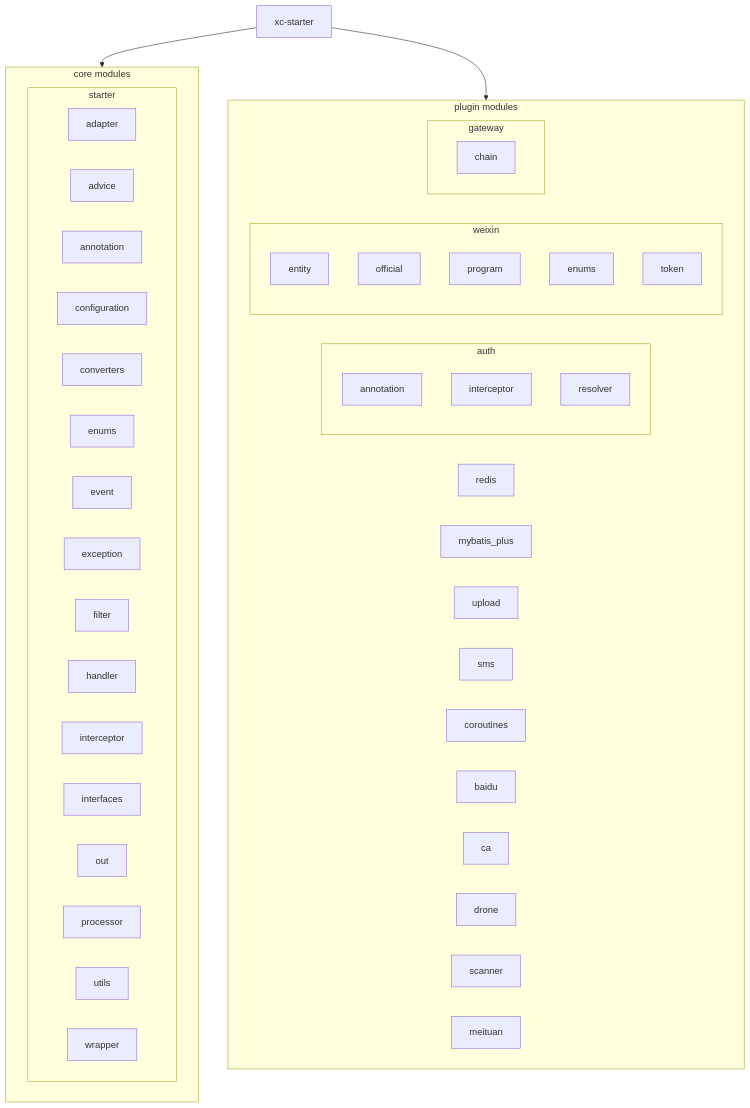
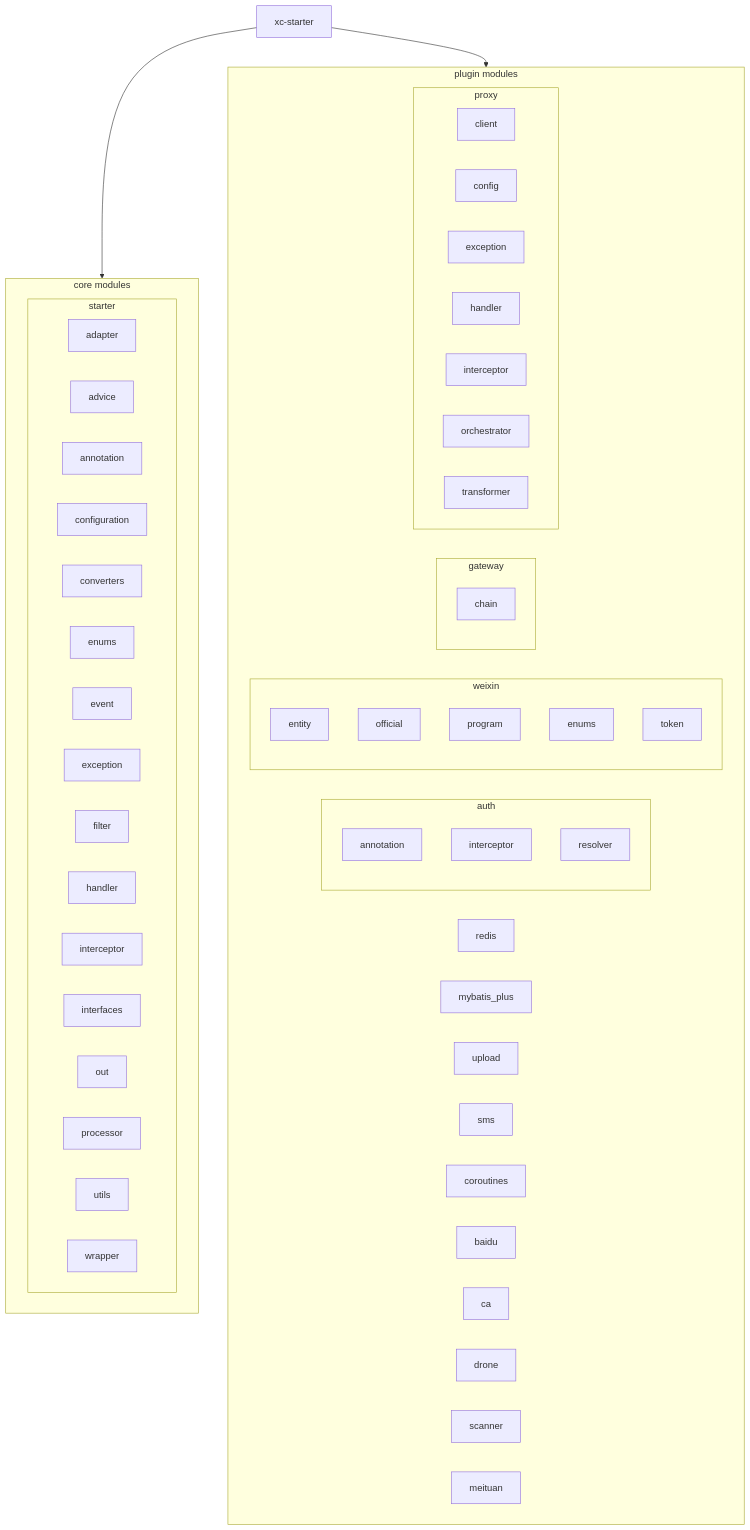
Before and after one commit to fanxcv/xc-stater: the diagram in CLAUDE.md, drawn with Mermaid. The commit also changed other lines of this file and 1 other file, not shown here.

````diff
--- a/CLAUDE.md
+++ b/CLAUDE.md
@@ -19,62 +9,73 @@
 ```mermaid
 graph TD
     A[xc-starter] --> B[core modules];
     A --> C[plugin modules];
 
     subgraph B [core modules]
         B1[starter]
     end
 
     subgraph C [plugin modules]
         C1[auth]
         C2[weixin]
         C3[gateway]
         C4[redis]
         C5[mybatis_plus]
         C6[upload]
         C7[sms]
         C8[coroutines]
         C9[baidu]
         C10[ca]
         C11[drone]
         C12[scanner]
         C13[meituan]
+        C14[proxy]
     end
 
     subgraph B1 [starter]
         B1A[adapter]
         B1B[advice]
         B1C[annotation]
         B1D[configuration]
         B1E[converters]
         B1F[enums]
         B1G[event]
         B1H[exception]
         B1I[filter]
         B1J[handler]
         B1K[interceptor]
         B1L[interfaces]
         B1M[out]
         B1N[processor]
         B1O[utils]
         B1P[wrapper]
     end
 
     subgraph C1 [auth]
         C1A[annotation]
         C1B[interceptor]
         C1C[resolver]
     end
 
     subgraph C2 [weixin]
         C2A[entity]
         C2B[official]
         C2C[program]
         C2D[enums]
         C2E[token]
     end
 
     subgraph C3 [gateway]
         C3A[chain]
     end
+
+    subgraph C14 [proxy]
+        C14A[client]
+        C14B[config]
+        C14C[exception]
+        C14D[handler]
+        C14E[interceptor]
+        C14F[orchestrator]
+        C14G[transformer]
+    end
 ```
````
